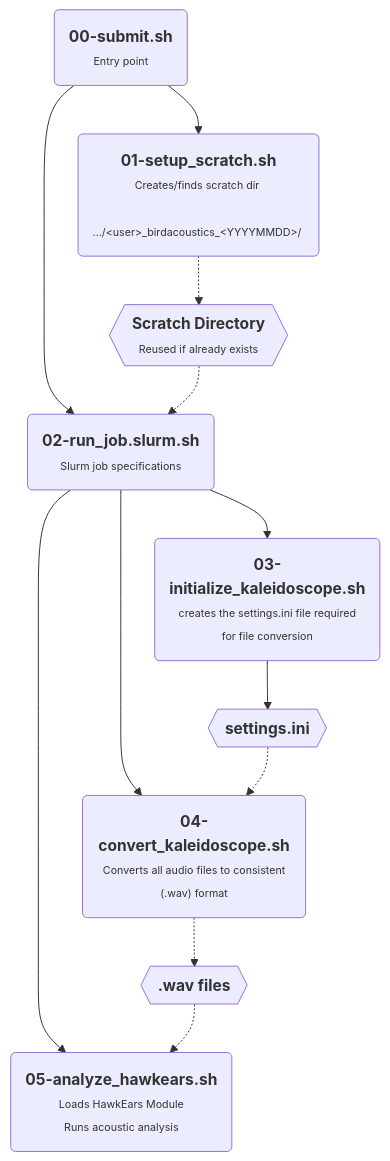
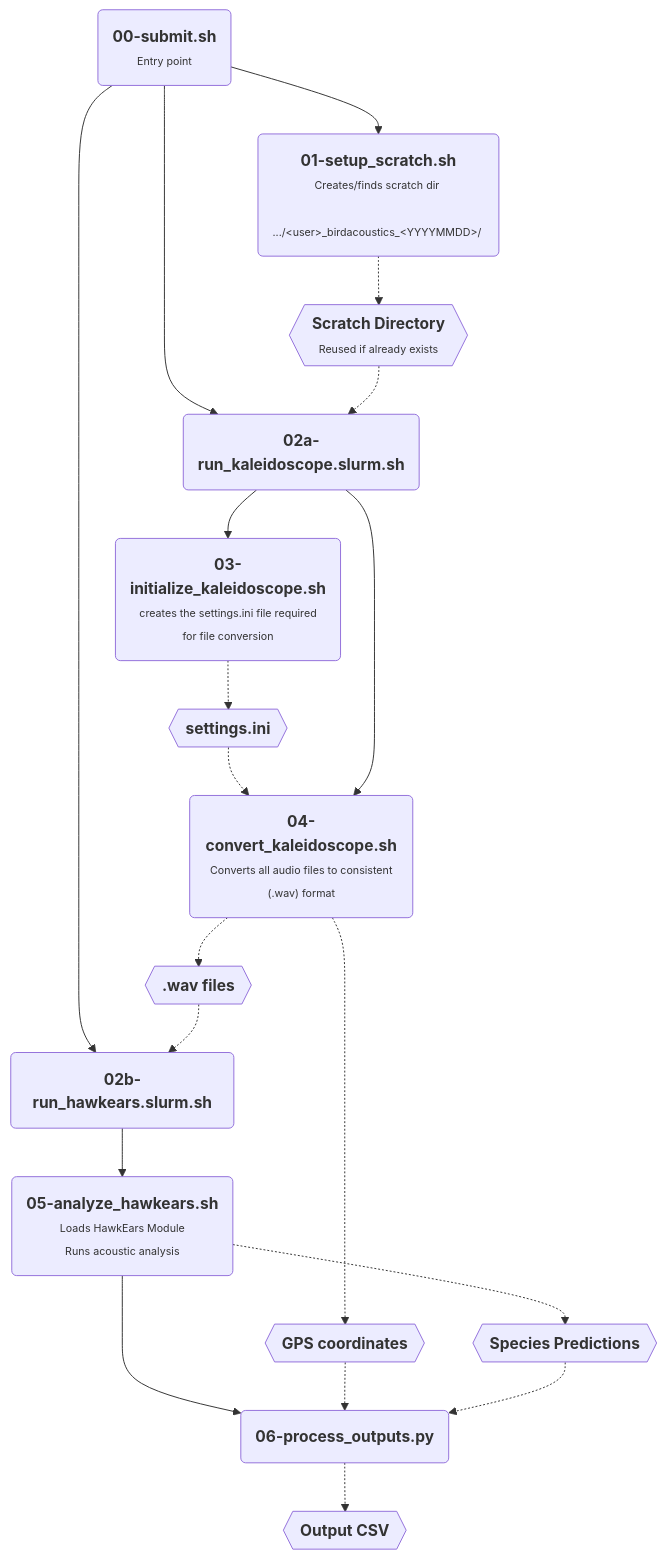
One commit to SamLokanc/birdacoustics changed the diagram in README.md. Above: the diagram before and after it, drawn with Mermaid. The commit also changed other lines of this file, not shown here.

Commit message:
update readme to reflect changes

````diff
--- a/README.md
+++ b/README.md
@@ -20,32 +22,42 @@
 ```mermaid
 flowchart TD
     A("`**00-submit.sh**
     <span style='font-size: 11px;'>Entry point</span>`")
     B("`**01-setup_scratch.sh**
     <span style='font-size: 11px;'>Creates/finds scratch dir </br> .../&ltuser&gt\_birdacoustics\_&ltYYYYMMDD&gt/ </span>`")
     C{{"`**Scratch Directory**
     <span style='font-size: 11px;'> Reused if already exists </span>`"}}
-    D("`**02-run_job.slurm.sh**
-    <span style='font-size: 11px;'> Slurm job specifications </span>`")
+    D("`**02a-run_kaleidoscope.slurm.sh**`")
     E("`**05-analyze_hawkears.sh**
     <span style='font-size: 11px;'> Loads HawkEars Module </br> Runs acoustic analysis</span>`")
     F("`**04-convert_kaleidoscope.sh**
     <span style='font-size: 11px;'> Converts all audio files to consistent (.wav) format</span>`")
     G{{"`**.wav files**`"}}
     H("`**03-initialize_kaleidoscope.sh**
     <span style='font-size: 11px;'> creates the settings.ini file required for file conversion</span>`")
     I{{"`**settings.ini**`"}}
+    J("`**02b-run_hawkears.slurm.sh**`")
+    K("`**06-process_outputs.py**`")
+    L{{"`**GPS coordinates**`"}}
+    M{{"`**Species Predictions**`"}}
+    N{{"`**Output CSV**`"}}
 
-
-    A --> B 
+    A --> B
     A --> D
+    A --> J
     B -.-> C
     C -.-> D
-    D --> E
+    D --> H
+    H -.-> I
+    I -.-> F
     D --> F
-    D --> H
-    H --> I
-    I -.-> F
     F -.-> G
-    G -.-> E
+    F -.-> L
+    G -.-> J
+    J --> E
+    E -.-> M
+    E --> K
+    L -.-> K
+    M -.-> K
+    K -.-> N
 ```
````
